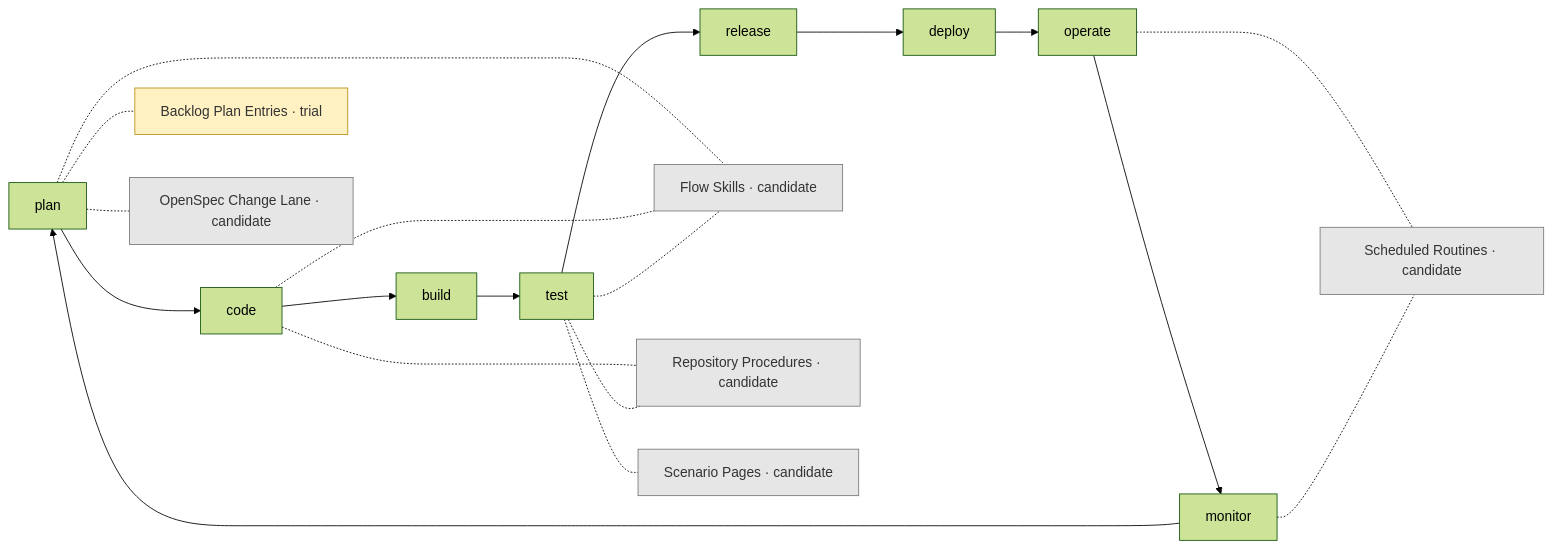
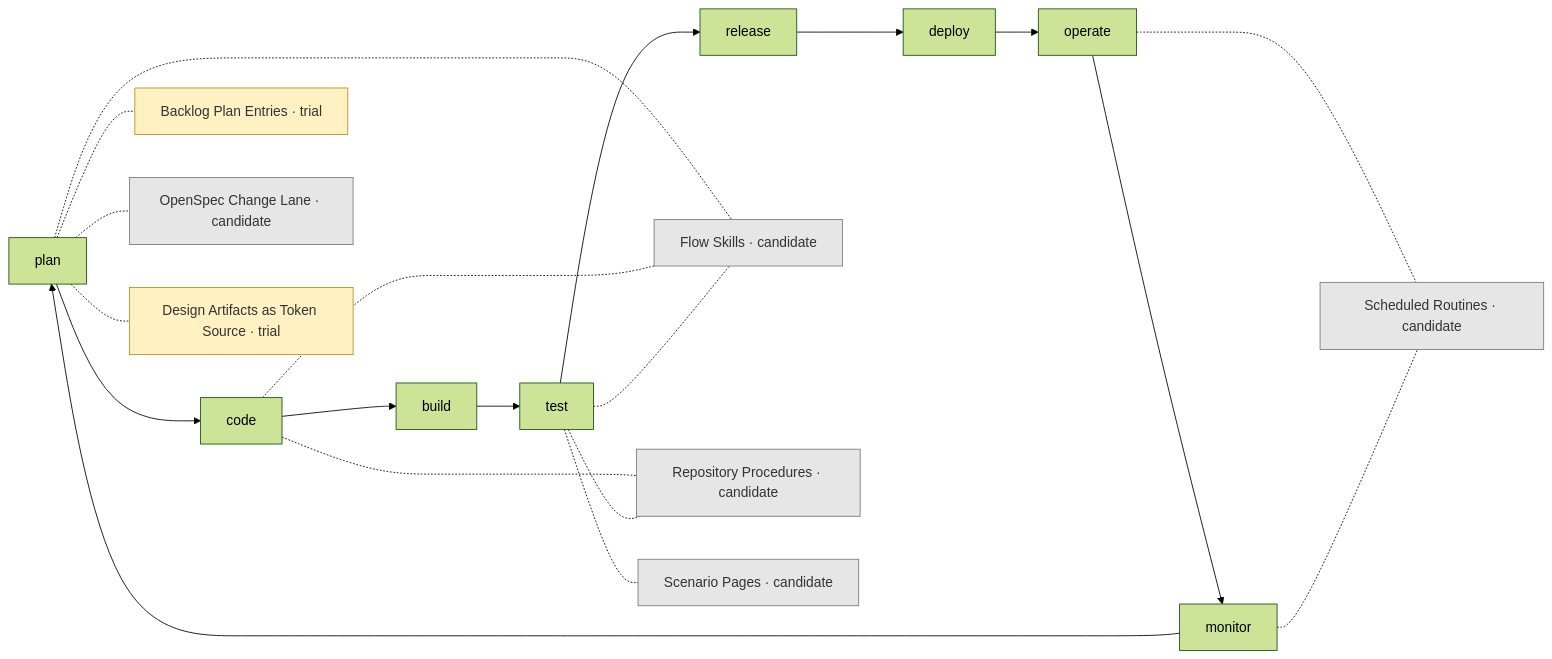
Before and after one commit to JSdotNet/finance: the diagram in .devbook/ai/adoption-map.md, drawn with Mermaid (forest theme). The commit also changed other lines of this file and 6 other files, not shown here.

First line of the commit message:
docs(design): turn the Finance App Design into design tokens

````diff
--- a/.devbook/ai/adoption-map.md
+++ b/.devbook/ai/adoption-map.md
@@ -24,24 +24,26 @@
 ```mermaid
 flowchart LR
   plan --> code --> build --> test --> release --> deploy --> operate --> monitor --> plan
   plans["Backlog Plan Entries · trial"]
   lane["OpenSpec Change Lane · candidate"]
+  tokens["Design Artifacts as Token Source · trial"]
   flows["Flow Skills · candidate"]
   procs["Repository Procedures · candidate"]
   scenarios["Scenario Pages · candidate"]
   routines["Scheduled Routines · candidate"]
   plan -.- plans
   plan -.- lane
+  plan -.- tokens
   plan -.- flows
   code -.- flows
   test -.- flows
   code -.- procs
   test -.- procs
   test -.- scenarios
   operate -.- routines
   monitor -.- routines
   classDef candidate fill:#e6e6e6,stroke:#7a7a7a,color:#333;
   classDef trial fill:#fff1c2,stroke:#b8901a,color:#333;
   class lane,flows,procs,scenarios,routines candidate;
-  class plans trial;
+  class plans,tokens trial;
 ```
````
